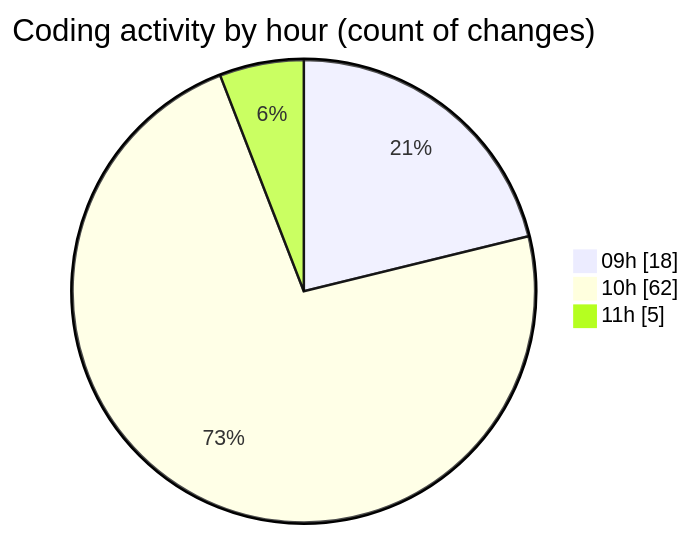
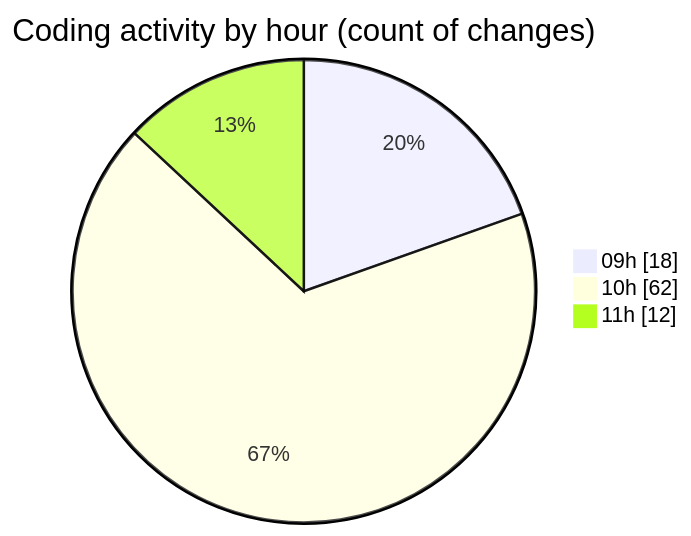
Before and after one commit to momahboobian/code-tracking: the second of 2 diagrams in 2025-07-01/cda/README.md, drawn with Mermaid. The commit also changed other lines of this file and 1 other file, not shown here.

````diff
--- a/2025-07-01/cda/README.md
+++ b/2025-07-01/cda/README.md
@@ -39,7 +40,7 @@
 ```mermaid
 pie showData
 title Coding activity by hour (count of changes)
 "09h" : 18
 "10h" : 62
-"11h" : 5
+"11h" : 12
 ```
````
